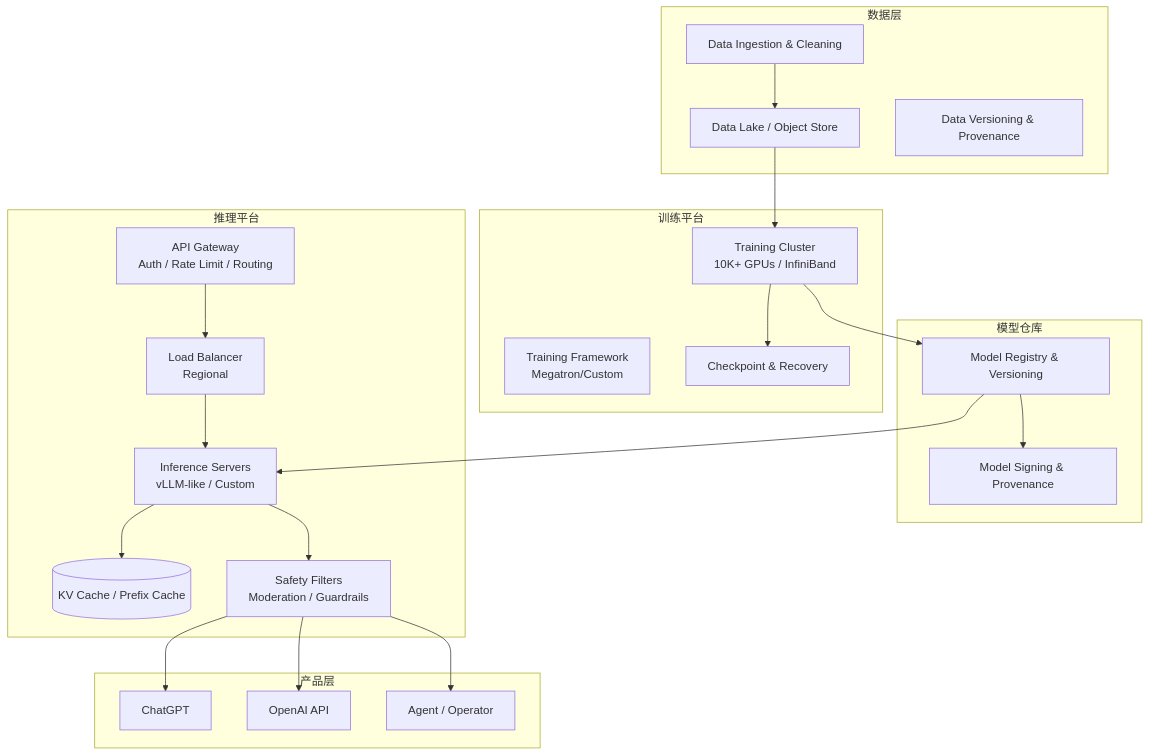
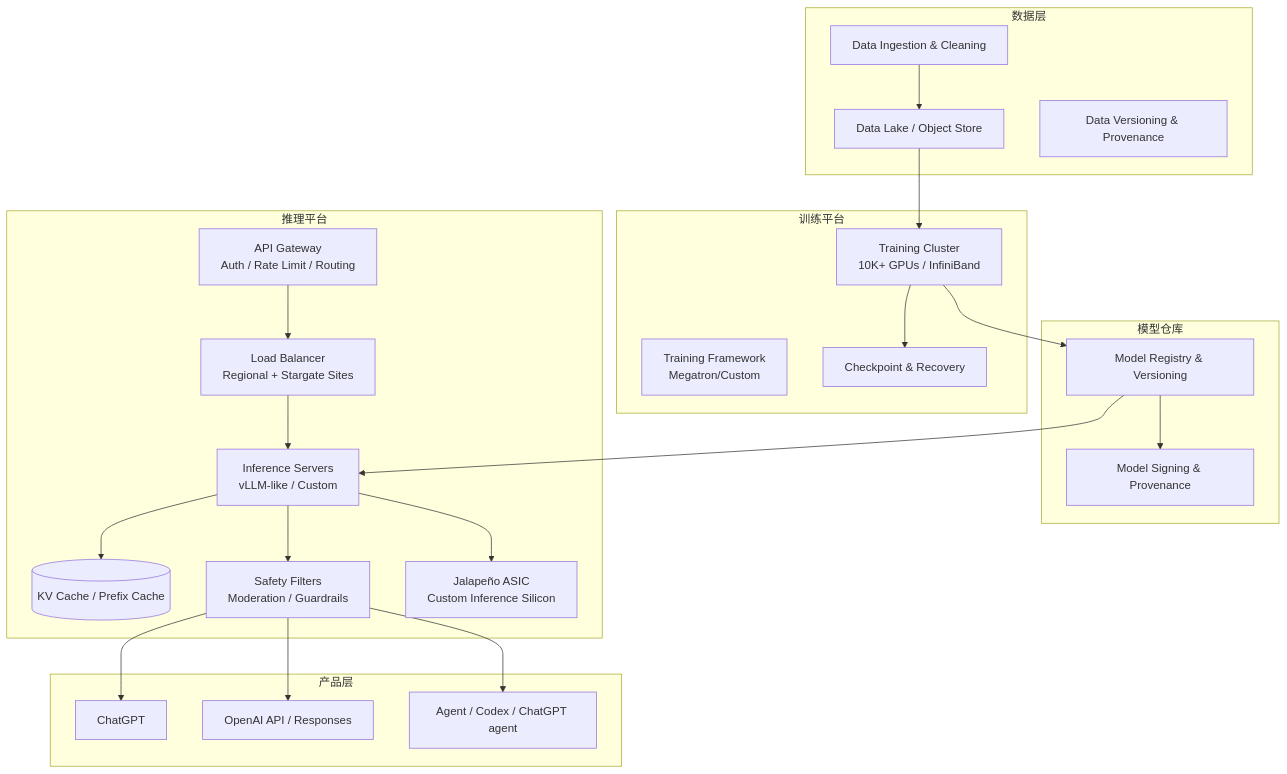
The diagram in docs/09-case-study/openai/03-architecture.md (cypggs/AI_Infra_Handbook), drawn with Mermaid before and after one commit. The commit also changed other lines of this file and 10 other files, not shown here.

Commit message:
更新 OpenAI 案例研究至 2026-10：Stargate 算力联盟、Jalapeño 自研推理芯片、GPT-5 系统级路由器、gpt-oss、退役日历

````diff
--- a/docs/09-case-study/openai/03-architecture.md
+++ b/docs/09-case-study/openai/03-architecture.md
@@ -7,53 +7,56 @@
 ```mermaid
 flowchart TB
     subgraph Data["数据层"]
         DC[Data Ingestion & Cleaning]
         DS[Data Lake / Object Store]
         DV[Data Versioning & Provenance]
     end
 
     subgraph Training["训练平台"]
         TC[Training Cluster
             10K+ GPUs / InfiniBand]
         TM[Training Framework
             Megatron/Custom]
         CK[Checkpoint & Recovery]
     end
 
     subgraph Registry["模型仓库"]
         MR[Model Registry & Versioning]
         MS[Model Signing & Provenance]
     end
 
     subgraph Inference["推理平台"]
         GW[API Gateway
             Auth / Rate Limit / Routing]
         LB[Load Balancer
-            Regional]
+            Regional + Stargate Sites]
         IS[Inference Servers
             vLLM-like / Custom]
         KV[(KV Cache / Prefix Cache)]
         SF[Safety Filters
             Moderation / Guardrails]
+        ASIC[Jalapeño ASIC
+            Custom Inference Silicon]
     end
 
     subgraph Serving["产品层"]
         CH[ChatGPT]
-        API[OpenAI API]
-        AG[Agent / Operator]
+        API[OpenAI API / Responses]
+        AG[Agent / Codex / ChatGPT agent]
     end
 
     DC --> DS
     DS --> TC
     TC --> CK
     TC --> MR
     MR --> MS
     MR --> IS
     GW --> LB
     LB --> IS
     IS --> KV
     IS --> SF
+    IS --> ASIC
     SF --> CH
     SF --> API
     SF --> AG
 ```
````
